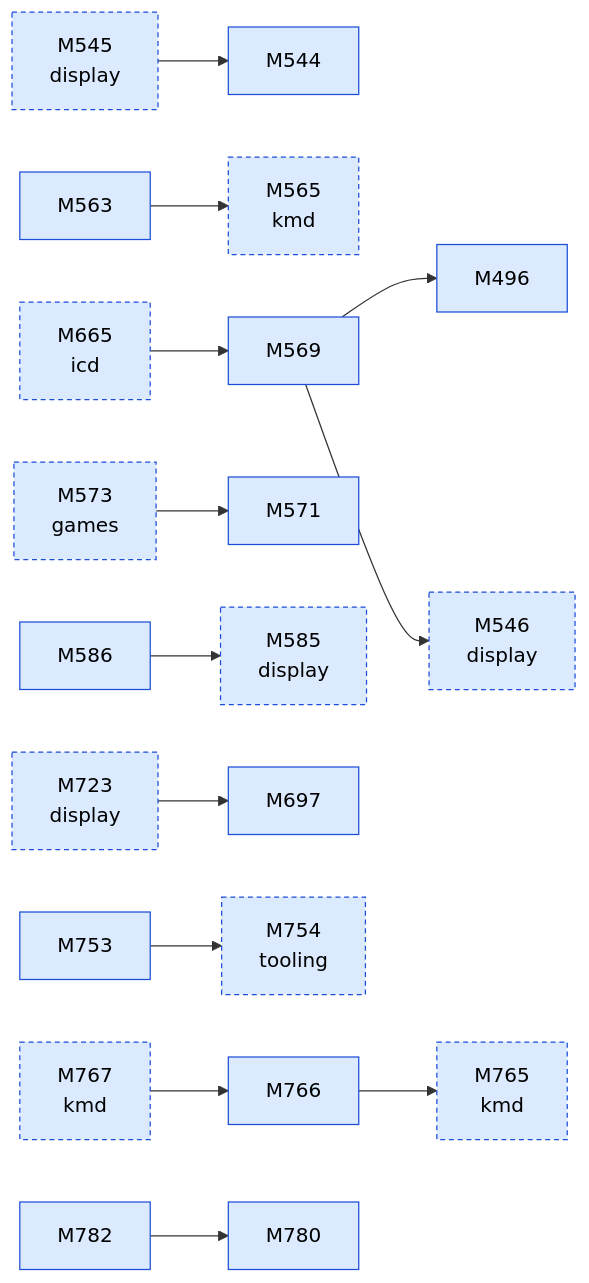
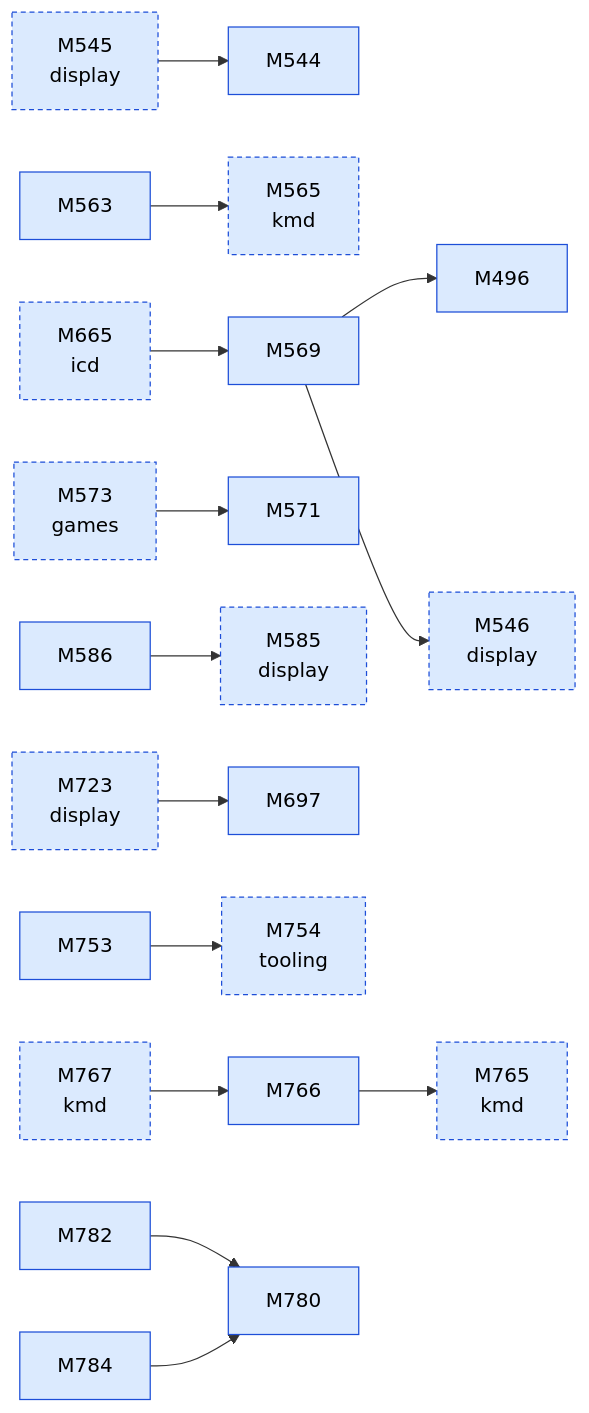
Before and after one commit to D-Ogi/amdgpu-wddm: the second of 2 diagrams in docs/facts/graphs/d3d.md, drawn with Mermaid. The commit also changed other lines of this file and 78 other files, not shown here.

````diff
--- a/docs/facts/graphs/d3d.md
+++ b/docs/facts/graphs/d3d.md
@@ -28,42 +28,44 @@
 ```mermaid
 flowchart LR
   M496["M496"]:::MEASURED
   M544["M544"]:::MEASURED
   M545["M545<br/>display"]:::MEASURED
   M546["M546<br/>display"]:::MEASURED
   M563["M563"]:::MEASURED
   M565["M565<br/>kmd"]:::MEASURED
   M569["M569"]:::MEASURED
   M571["M571"]:::MEASURED
   M573["M573<br/>games"]:::MEASURED
   M585["M585<br/>display"]:::MEASURED
   M586["M586"]:::MEASURED
   M665["M665<br/>icd"]:::MEASURED
   M697["M697"]:::MEASURED
   M723["M723<br/>display"]:::MEASURED
   M753["M753"]:::MEASURED
   M754["M754<br/>tooling"]:::MEASURED
   M765["M765<br/>kmd"]:::MEASURED
   M766["M766"]:::MEASURED
   M767["M767<br/>kmd"]:::MEASURED
   M780["M780"]:::MEASURED
   M782["M782"]:::MEASURED
+  M784["M784"]:::MEASURED
   M767 --> M766
   M545 --> M544
   M723 --> M697
   M665 --> M569
   M563 --> M565
   M569 --> M496
   M569 --> M546
   M586 --> M585
   M753 --> M754
   M766 --> M765
   M782 --> M780
+  M784 --> M780
   M573 --> M571
   classDef HYPOTHESIS fill:#fff3c4,stroke:#9a7b00,color:#000
   classDef MEASURED fill:#dbeafe,stroke:#1d4ed8,color:#000
   classDef CONFIRMED fill:#d1fae5,stroke:#047857,color:#000
   classDef REFUTED fill:#fee2e2,stroke:#b91c1c,color:#000
   classDef other stroke-dasharray:4 3
   class M545,M546,M565,M573,M585,M665,M723,M754,M765,M767 other
 ```
````
